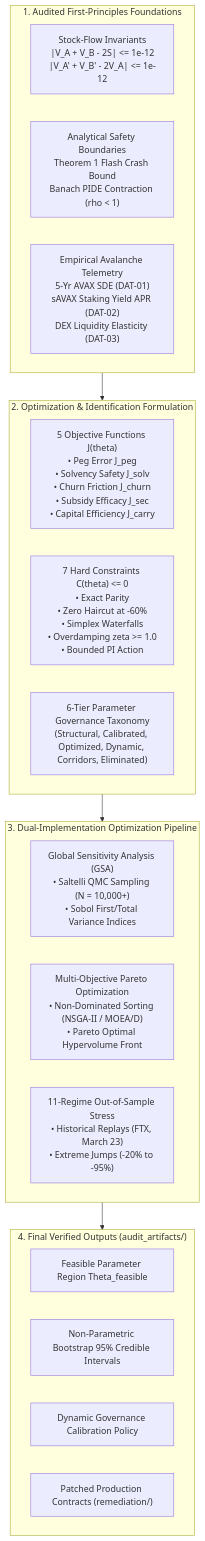
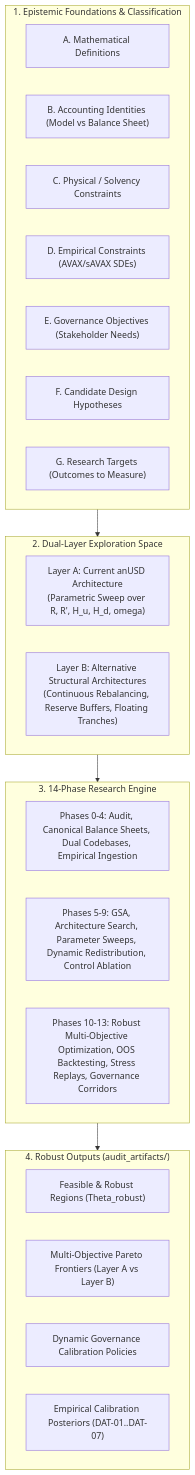
The first of 2 diagrams in audit_artifacts/RESEARCH_PLAN_OPTIMIZATION.md (coad1024-cmd/avalanche-native-stablecoin), drawn with Mermaid before and after one commit. The commit also changed other lines of this file, not shown here.

Commit message:
docs(plan): revise mechanism research plan to BCRG-PLAN-2026-REVISED-MECHANISM-RESEARCH-02 (Phases 0-13, dual-layer exploration, continuous crash responses, and bug-preserving dual implementations)

````diff
--- a/audit_artifacts/RESEARCH_PLAN_OPTIMIZATION.md
+++ b/audit_artifacts/RESEARCH_PLAN_OPTIMIZATION.md
@@ -19,31 +23,32 @@
 ```mermaid
 flowchart TD
-    subgraph EvidenceBase["1. Audited First-Principles Foundations"]
-        E1["Stock-Flow Invariants\n|V_A + V_B - 2S| <= 1e-12\n|V_A' + V_B' - 2V_A| <= 1e-12"]
-        E2["Analytical Safety Boundaries\nTheorem 1 Flash Crash Bound\nBanach PIDE Contraction (rho < 1)"]
-        E3["Empirical Avalanche Telemetry\n5-Yr AVAX SDE (DAT-01)\nsAVAX Staking Yield APR (DAT-02)\nDEX Liquidity Elasticity (DAT-03)"]
+    subgraph EpistemicBase["1. Epistemic Foundations & Classification"]
+        C1["A. Mathematical Definitions"]
+        C2["B. Accounting Identities (Model vs Balance Sheet)"]
+        C3["C. Physical / Solvency Constraints"]
+        C4["D. Empirical Constraints (AVAX/sAVAX SDEs)"]
+        C5["E. Governance Objectives (Stakeholder Needs)"]
+        C6["F. Candidate Design Hypotheses"]
+        C7["G. Research Targets (Outcomes to Measure)"]
     end
 
-    subgraph ProblemFormulation["2. Optimization & Identification Formulation"]
-        Obj["5 Objective Functions J(theta)\n• Peg Error J_peg\n• Solvency Safety J_solv\n• Churn Friction J_churn\n• Subsidy Efficacy J_sec\n• Capital Efficiency J_carry"]
-        Cons["7 Hard Constraints C(theta) <= 0\n• Exact Parity\n• Zero Haircut at -60%\n• Simplex Waterfalls\n• Overdamping zeta >= 1.0\n• Bounded PI Action"]
-        Tax["6-Tier Parameter Governance Taxonomy\n(Structural, Calibrated, Optimized, Dynamic, Corridors, Eliminated)"]
+    subgraph DualArchitecture["2. Dual-Layer Exploration Space"]
+        LayerA["Layer A: Current anUSD Architecture\n(Parametric Sweep over R, R', H_u, H_d, omega)"]
+        LayerB["Layer B: Alternative Structural Architectures\n(Continuous Rebalancing, Reserve Buffers, Floating Tranches)"]
     end
 
-    subgraph ExecutionEngine["3. Dual-Implementation Optimization Pipeline"]
-        GSA["Global Sensitivity Analysis (GSA)\n• Saltelli QMC Sampling (N = 10,000+)\n• Sobol First/Total Variance Indices"]
-        Pareto["Multi-Objective Pareto Optimization\n• Non-Dominated Sorting (NSGA-II / MOEA/D)\n• Pareto Optimal Hypervolume Front"]
-        OOS["11-Regime Out-of-Sample Stress\n• Historical Replays (FTX, March 23)\n• Extreme Jumps (-20% to -95%)"]
+    subgraph Engine["3. 14-Phase Research Engine"]
+        P1["Phases 0-4: Audit, Canonical Balance Sheets, Dual Codebases, Empirical Ingestion"]
+        P2["Phases 5-9: GSA, Architecture Search, Parameter Sweeps, Dynamic Redistribution, Control Ablation"]
+        P3["Phases 10-13: Robust Multi-Objective Optimization, OOS Backtesting, Stress Replays, Governance Corridors"]
     end
 
-    subgraph Deliverables["4. Final Verified Outputs (audit_artifacts/)"]
-        Out1["Feasible Parameter Region Theta_feasible"]
-        Out2["Non-Parametric Bootstrap 95% Credible Intervals"]
-        Out3["Dynamic Governance Calibration Policy"]
-        Out4["Patched Production Contracts (remediation/)"]
+    subgraph Deliverables["4. Robust Outputs (audit_artifacts/)"]
+        Out1["Feasible & Robust Regions (Theta_robust)"]
+        Out2["Multi-Objective Pareto Frontiers (Layer A vs Layer B)"]
+        Out3["Dynamic Governance Calibration Policies"]
+        Out4["Empirical Calibration Posteriors (DAT-01..DAT-07)"]
     end
 
-    EvidenceBase --> ProblemFormulation
-    ProblemFormulation --> ExecutionEngine
-    ExecutionEngine --> Deliverables
+    EpistemicBase --> DualArchitecture --> Engine --> Deliverables
 ```
````
